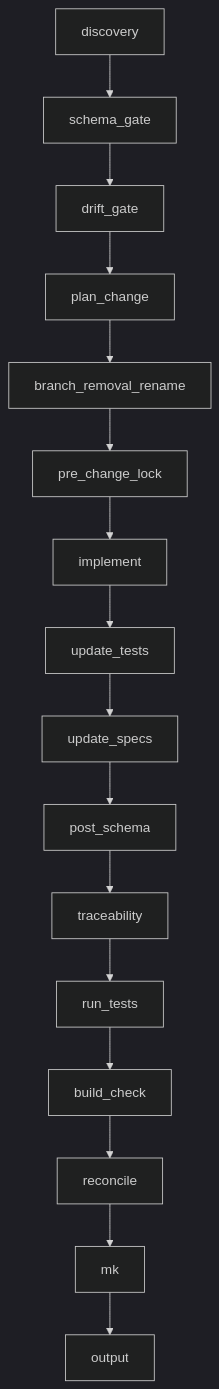
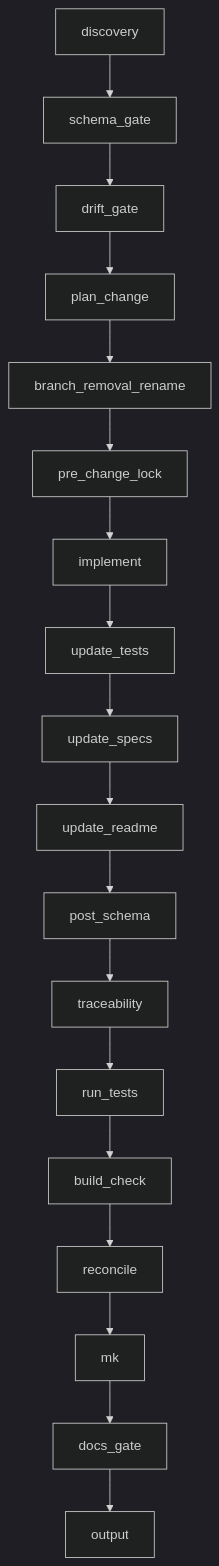
One commit to perfectedge13/Vinekeepers changed the diagram in mkdoc/cursor/skills/nova-code.md. Above: the diagram before and after it, drawn with Mermaid (dark theme). The commit also changed other lines of this file and 127 other files, not shown here.

````diff
--- a/mkdoc/cursor/skills/nova-code.md
+++ b/mkdoc/cursor/skills/nova-code.md
@@ -16,18 +16,20 @@
 ```mermaid
 flowchart TB
   A[discovery] --> C[schema_gate]
   C --> D[drift_gate]
   D --> E[plan_change]
   E --> F[branch_removal_rename]
   F --> G[pre_change_lock]
   G --> H[implement]
   H --> I[update_tests]
   I --> J[update_specs]
-  J --> K[post_schema]
-  K --> L[traceability]
-  L --> M[run_tests]
-  M --> N[build_check]
-  N --> O[reconcile]
-  O --> P[mk]
-  P --> Q[output]
+  J --> K[update_readme]
+  K --> L[post_schema]
+  L --> M[traceability]
+  M --> N[run_tests]
+  N --> O[build_check]
+  O --> P[reconcile]
+  P --> Q[mk]
+  Q --> R[docs_gate]
+  R --> S[output]
 ```
````
